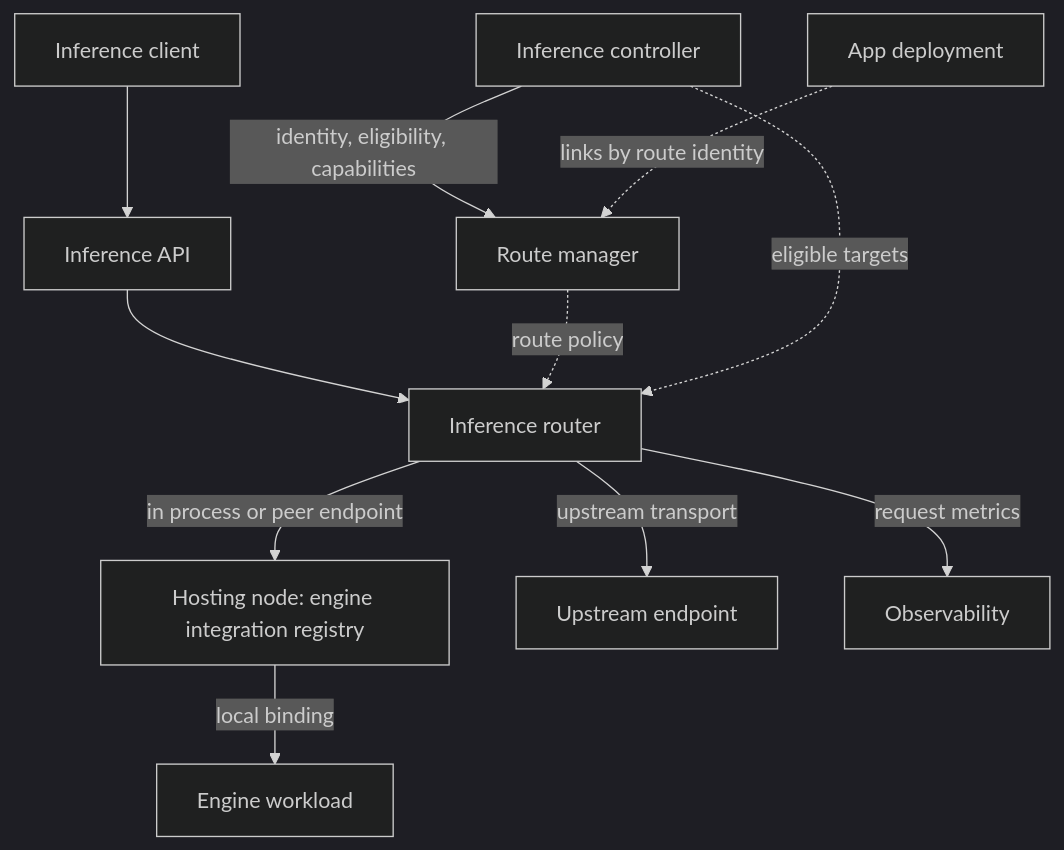
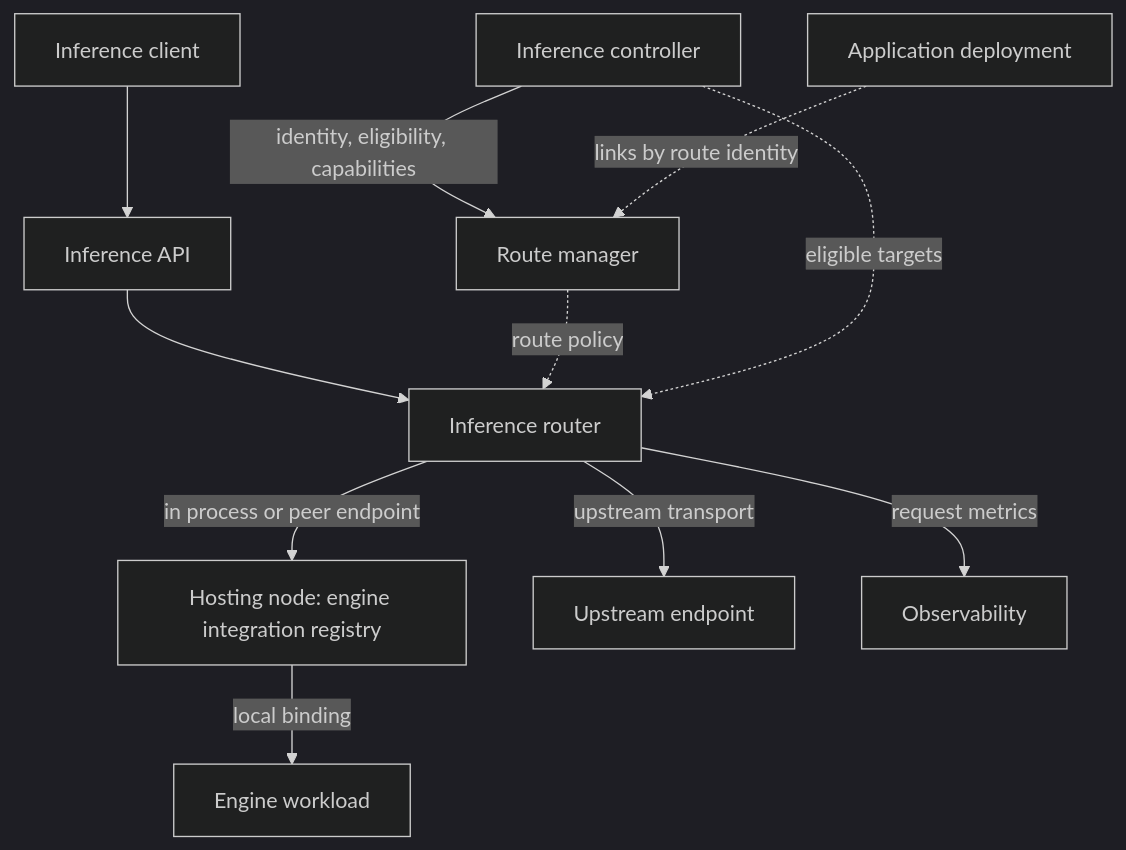
Before and after one commit to dotcoreai/dotcore: the first of 4 diagrams in docs/specs/inference.md, drawn with Mermaid (dark theme). The commit also changed other lines of this file and 2 other files, not shown here.

````diff
--- a/docs/specs/inference.md
+++ b/docs/specs/inference.md
@@ -29,12 +27,12 @@
 ```mermaid
 flowchart TB
   C["Inference client"] --> API["Inference API"] --> R["Inference router"]
   IC["Inference controller"] -->|"identity, eligibility, capabilities"| RM["Route manager"]
   RM -.->|"route policy"| R
   IC -.->|"eligible targets"| R
-  APP["App deployment"] -.->|"links by route identity"| RM
+  APP["Application deployment"] -.->|"links by route identity"| RM
   R -->|"in process or peer endpoint"| EIR["Hosting node: engine integration registry"]
   EIR -->|"local binding"| W["Engine workload"]
   R -->|"upstream transport"| UP["Upstream endpoint"]
   R -->|"request metrics"| OBS["Observability"]
 ```
````
